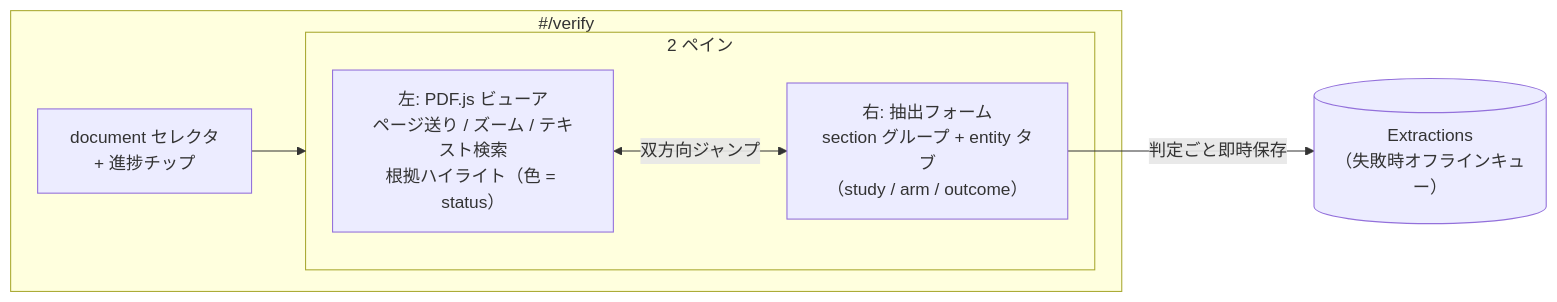
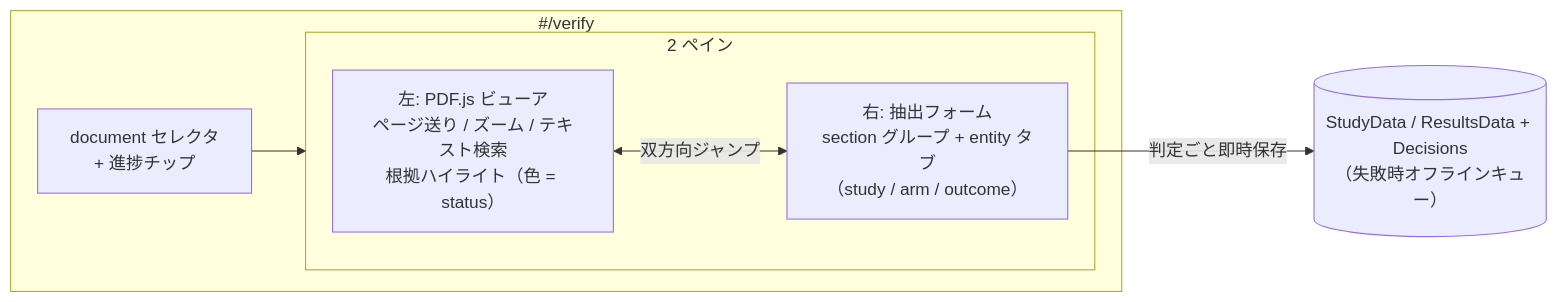
Before and after one commit to youkiti/sr-data-extraction-plugin: the third of 3 diagrams in docs/ui-flow.md, drawn with Mermaid. The commit also changed other lines of this file and 4 other files, not shown here.

First line of the commit message:
requirements v0.4: データ設計を StudyData(wide) + ResultsData(long) + annotator 軸に再編

````diff
--- a/docs/ui-flow.md
+++ b/docs/ui-flow.md
@@ -70,12 +70,12 @@
 ```mermaid
 flowchart LR
     subgraph Verify["#/verify"]
         DocSel[document セレクタ<br/>+ 進捗チップ] --> Panes
         subgraph Panes[2 ペイン]
             PDF["左: PDF.js ビューア<br/>ページ送り / ズーム / テキスト検索<br/>根拠ハイライト（色 = status）"]
             Form["右: 抽出フォーム<br/>section グループ + entity タブ<br/>（study / arm / outcome）"]
         end
         PDF <-->|双方向ジャンプ| Form
     end
-    Form -->|判定ごと即時保存| Sheets[("Extractions<br/>（失敗時オフラインキュー）")]
+    Form -->|判定ごと即時保存| Sheets[("StudyData / ResultsData + Decisions<br/>（失敗時オフラインキュー）")]
 ```
````
